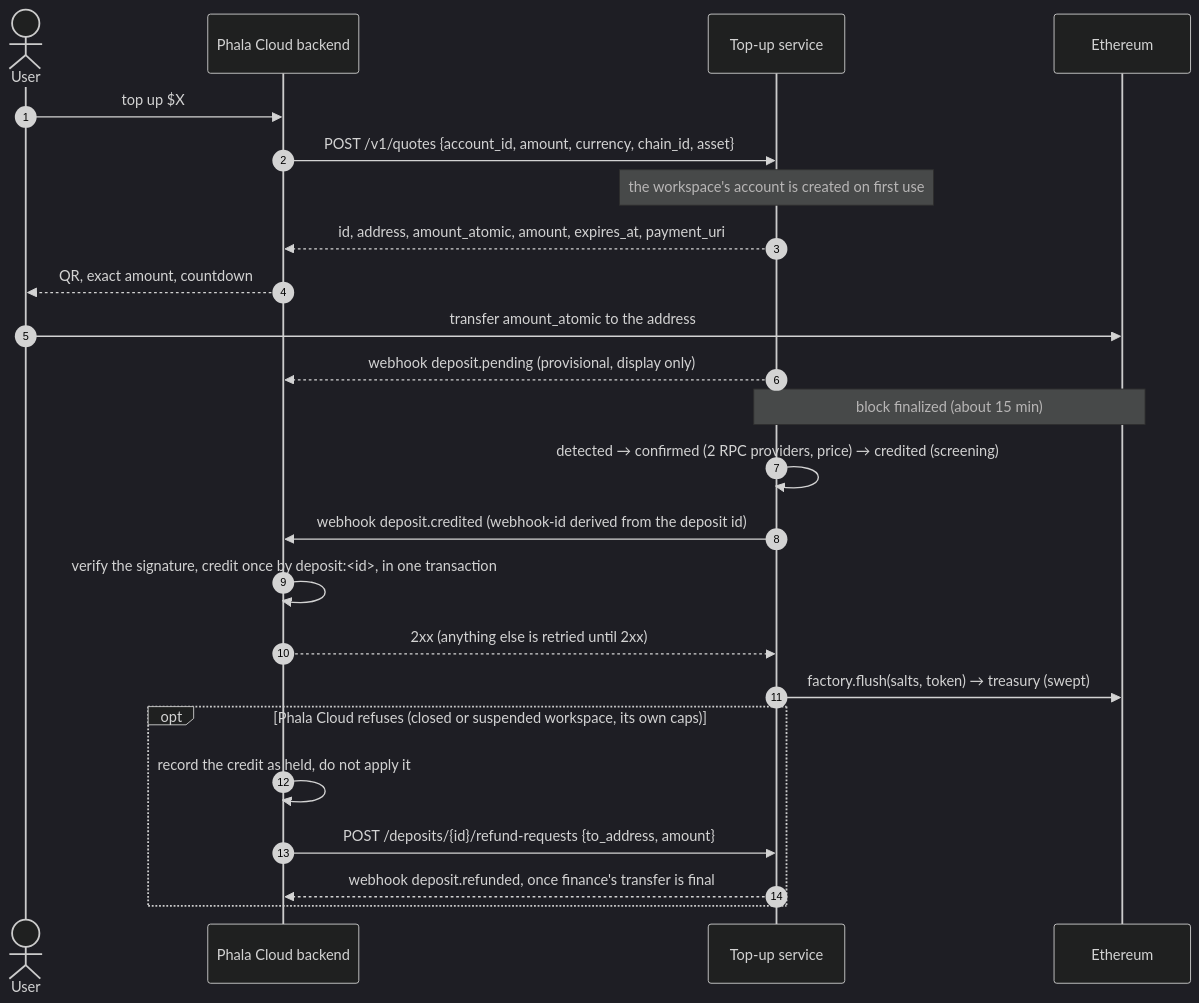
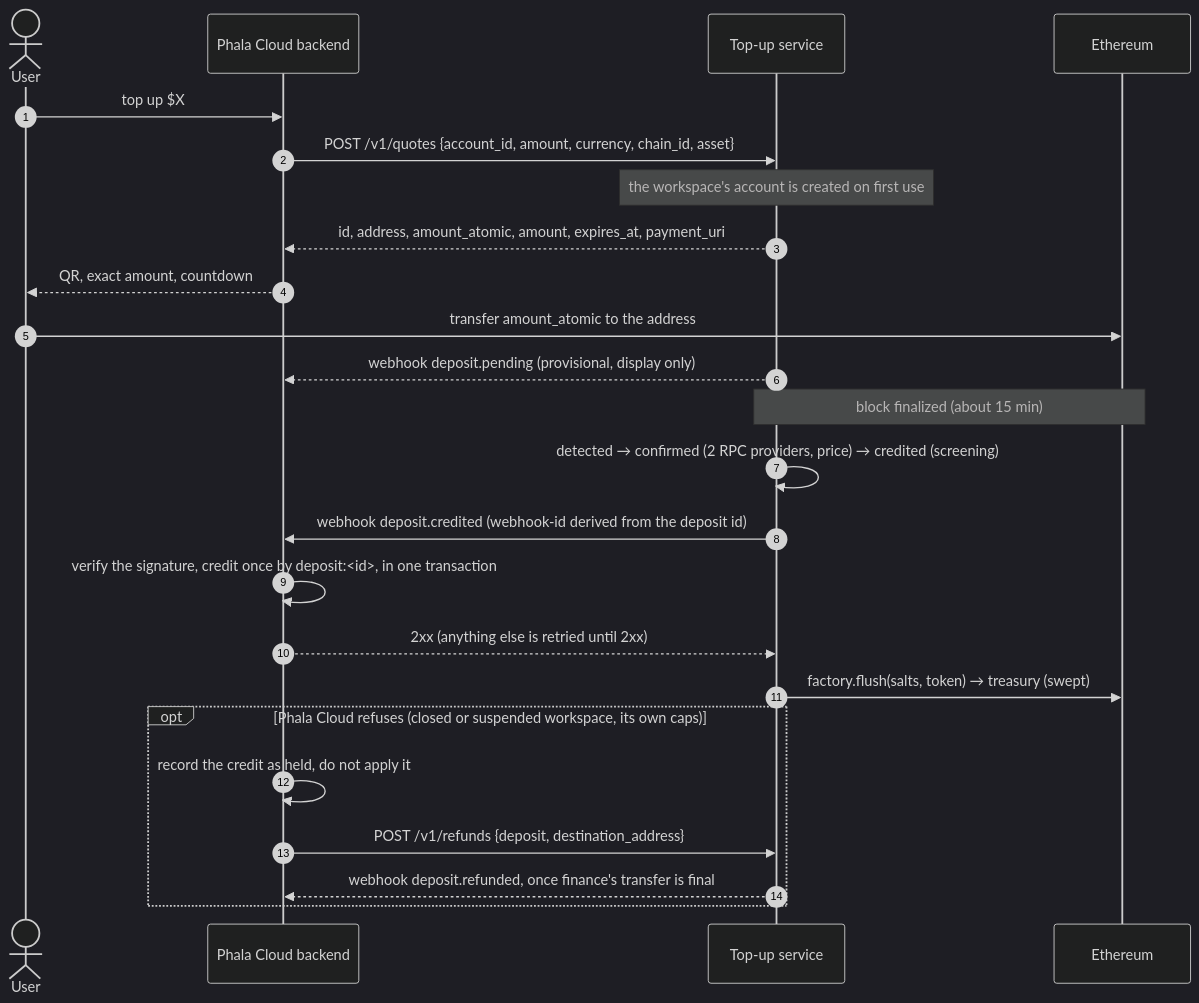
The diagram in docs/integration.md (Phala-Network/crypto-topup-service), drawn with Mermaid (dark theme) before and after one commit. The commit also changed other lines of this file and 55 other files, not shown here.

First line of the commit message:
feat(api): deposits and refunds as Stripe-style resources (#162)

````diff
--- a/docs/integration.md
+++ b/docs/integration.md
@@ -31,26 +31,26 @@
 ```mermaid
 sequenceDiagram
     autonumber
     actor User
     participant PC as Phala Cloud backend
     participant S as Top-up service
     participant ETH as Ethereum
     User->>PC: top up $X
     PC->>S: POST /v1/quotes {account_id, amount, currency, chain_id, asset}
     Note over S: the workspace's account is created on first use
     S-->>PC: id, address, amount_atomic, amount, expires_at, payment_uri
     PC-->>User: QR, exact amount, countdown
     User->>ETH: transfer amount_atomic to the address
     S-->>PC: webhook deposit.pending (provisional, display only)
     Note over S,ETH: block finalized (about 15 min)
     S->>S: detected → confirmed (2 RPC providers, price) → credited (screening)
     S->>PC: webhook deposit.credited (webhook-id derived from the deposit id)
     PC->>PC: verify the signature, credit once by deposit:<id>, in one transaction
     PC-->>S: 2xx (anything else is retried until 2xx)
     S->>ETH: factory.flush(salts, token) → treasury (swept)
     opt Phala Cloud refuses (closed or suspended workspace, its own caps)
         PC->>PC: record the credit as held, do not apply it
-        PC->>S: POST /deposits/{id}/refund-requests {to_address, amount}
+        PC->>S: POST /v1/refunds {deposit, destination_address}
         S-->>PC: webhook deposit.refunded, once finance's transfer is final
     end
 ```
````
